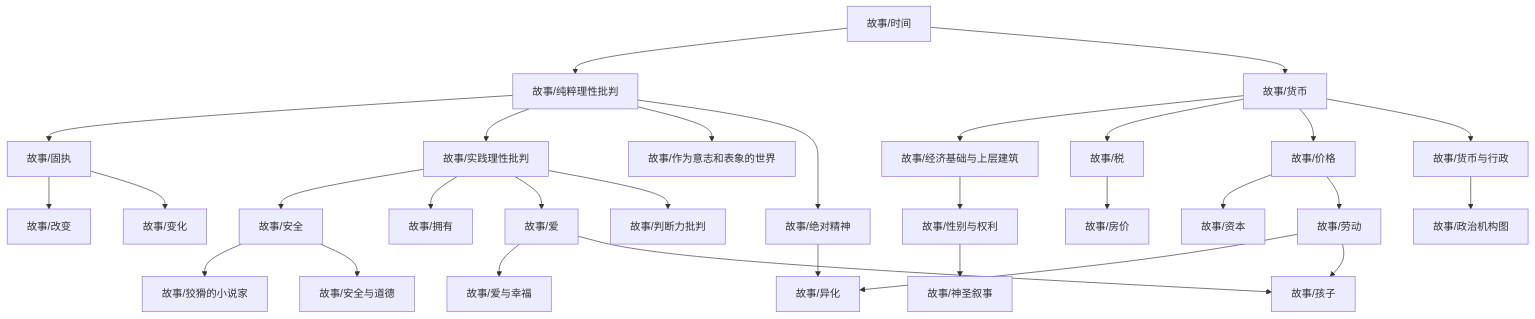
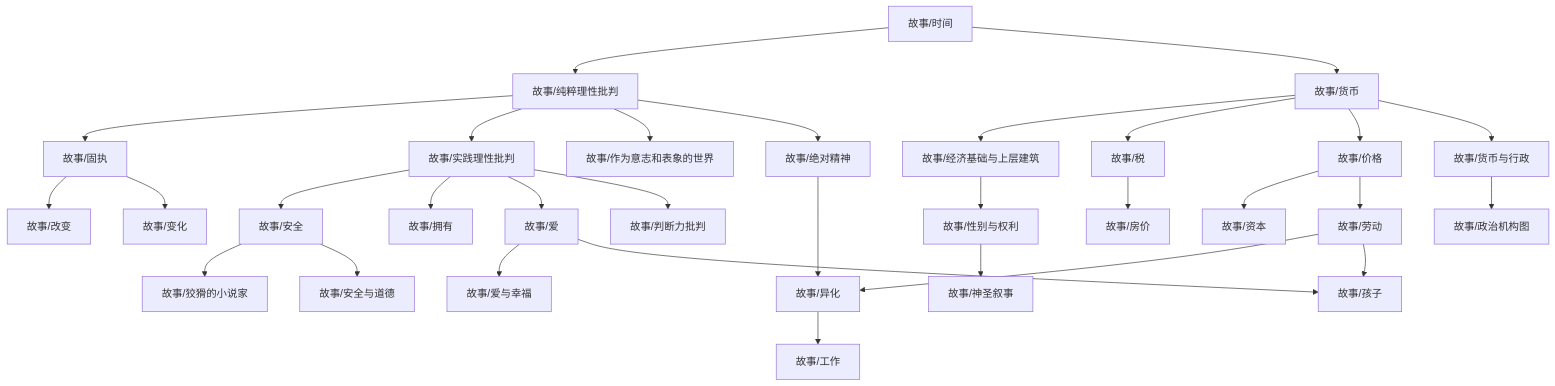
The diagram in content/故事/dependency_graph.md (zeroDtree/zeroDtree.github.io), drawn with Mermaid before and after one commit. The commit also changed 5 other files, not shown here.

````diff
--- a/content/故事/dependency_graph.md
+++ b/content/故事/dependency_graph.md
@@ -1,32 +1,33 @@
 ```mermaid
 graph TD
 1["故事/劳动"] --> 0["故事/异化"]
 2["故事/绝对精神"] --> 0["故事/异化"]
 4["故事/纯粹理性批判"] --> 3["故事/固执"]
 6["故事/经济基础与上层建筑"] --> 5["故事/性别与权利"]
 8["故事/价格"] --> 7["故事/资本"]
 3["故事/固执"] --> 9["故事/改变"]
 11["故事/安全"] --> 10["故事/狡猾的小说家"]
 4["故事/纯粹理性批判"] --> 12["故事/实践理性批判"]
 13["故事/时间"] --> 4["故事/纯粹理性批判"]
 12["故事/实践理性批判"] --> 11["故事/安全"]
 14["故事/货币"] --> 6["故事/经济基础与上层建筑"]
 12["故事/实践理性批判"] --> 15["故事/拥有"]
 14["故事/货币"] --> 16["故事/税"]
 16["故事/税"] --> 17["故事/房价"]
 19["故事/货币与行政"] --> 18["故事/政治机构图"]
 3["故事/固执"] --> 20["故事/变化"]
 12["故事/实践理性批判"] --> 21["故事/爱"]
 14["故事/货币"] --> 8["故事/价格"]
 4["故事/纯粹理性批判"] --> 23["故事/作为意志和表象的世界"]
 4["故事/纯粹理性批判"] --> 2["故事/绝对精神"]
 14["故事/货币"] --> 19["故事/货币与行政"]
 11["故事/安全"] --> 24["故事/安全与道德"]
 5["故事/性别与权利"] --> 25["故事/神圣叙事"]
-21["故事/爱"] --> 26["故事/爱与幸福"]
+0["故事/异化"] --> 26["故事/工作"]
+21["故事/爱"] --> 27["故事/爱与幸福"]
 13["故事/时间"] --> 14["故事/货币"]
-21["故事/爱"] --> 27["故事/孩子"]
-1["故事/劳动"] --> 27["故事/孩子"]
+21["故事/爱"] --> 28["故事/孩子"]
+1["故事/劳动"] --> 28["故事/孩子"]
 8["故事/价格"] --> 1["故事/劳动"]
-12["故事/实践理性批判"] --> 28["故事/判断力批判"]
+12["故事/实践理性批判"] --> 29["故事/判断力批判"]
 ```
````
